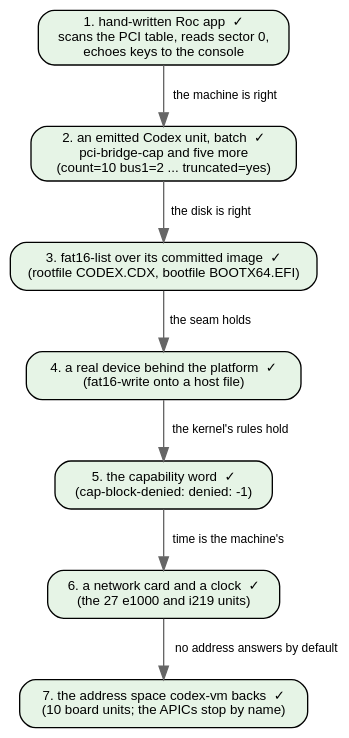
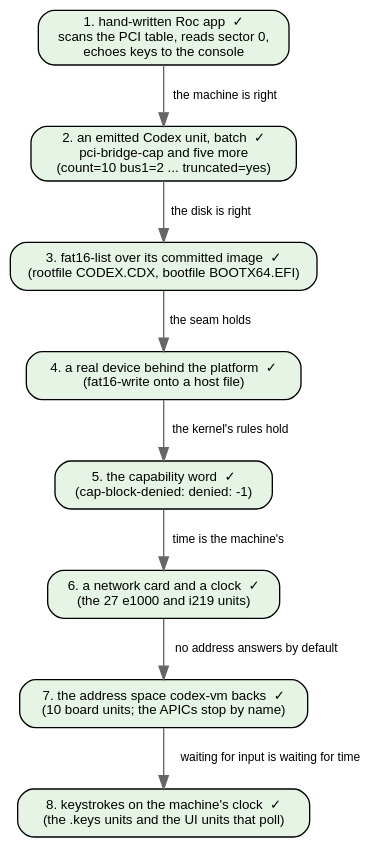
One commit to showell/essay-repl-server changed diagram 11 of 11 in notes/roc-machine-emulator.md. Above: the diagram before and after it, drawn with Graphviz. The commit also changed other lines of this file, not shown here.

First line of the commit message:
roc-machine-emulator: step 8, keystrokes on the machine's clock

````diff
--- a/notes/roc-machine-emulator.md
+++ b/notes/roc-machine-emulator.md
@@ -625,21 +691,23 @@
 ```dot
 digraph demo {
   rankdir=TB; bgcolor="transparent";
   node [shape=box style="rounded,filled" fontname="Helvetica" fontsize=10 fillcolor="#ffffff"];
   edge [fontname="Helvetica" fontsize=9 color="#666666"];
 
   a [label="1. hand-written Roc app  ✓\nscans the PCI table, reads sector 0,\nechoes keys to the console" fillcolor="#e6f4e6"];
   b [label="2. an emitted Codex unit, batch  ✓\npci-bridge-cap and five more\n(count=10 bus1=2 ... truncated=yes)" fillcolor="#e6f4e6"];
   c [label="3. fat16-list over its committed image  ✓\n(rootfile CODEX.CDX, bootfile BOOTX64.EFI)" fillcolor="#e6f4e6"];
   d [label="4. a real device behind the platform  ✓\n(fat16-write onto a host file)" fillcolor="#e6f4e6"];
   e [label="5. the capability word  ✓\n(cap-block-denied: denied: -1)" fillcolor="#e6f4e6"];
   f [label="6. a network card and a clock  ✓\n(the 27 e1000 and i219 units)" fillcolor="#e6f4e6"];
   g [label="7. the address space codex-vm backs  ✓\n(10 board units; the APICs stop by name)" fillcolor="#e6f4e6"];
+  h [label="8. keystrokes on the machine's clock  ✓\n(the .keys units and the UI units that poll)" fillcolor="#e6f4e6"];
   a -> b [label="the machine is right"];
   b -> c [label="the disk is right"];
   c -> d [label="the seam holds"];
   d -> e [label="the kernel's rules hold"];
   e -> f [label="time is the machine's"];
   f -> g [label="no address answers by default"];
+  g -> h [label="waiting for input is waiting for time"];
 }
 ```
````
